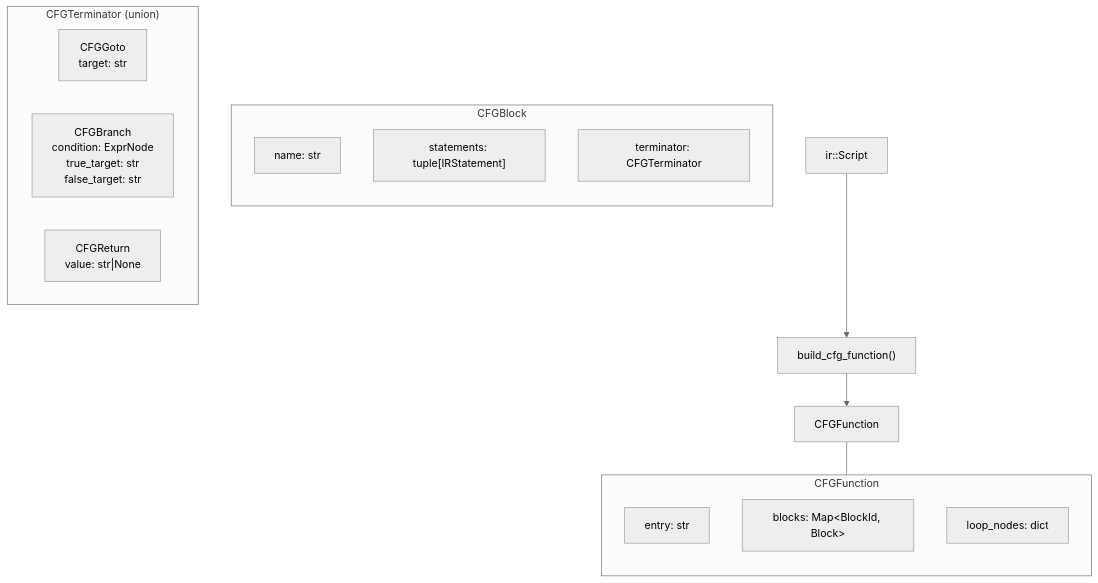
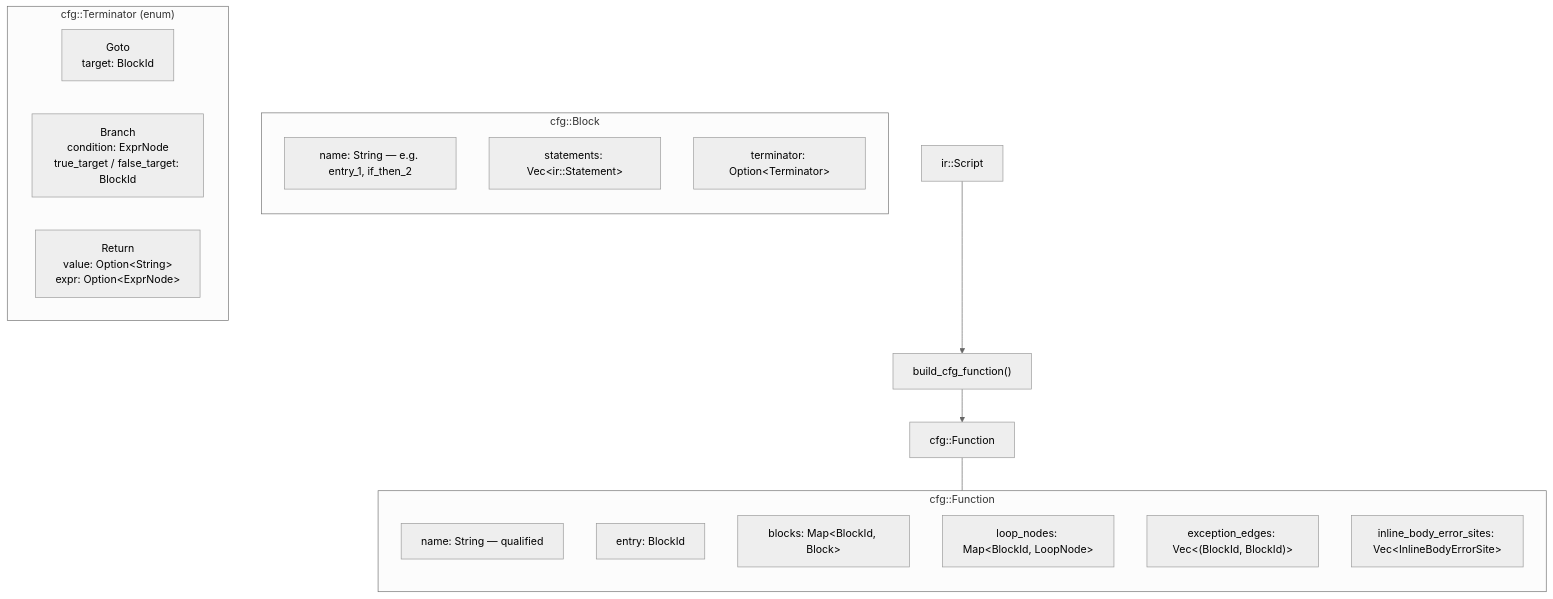
The eighth of 20 diagrams in docs/design/compiler-architecture.md (bitwisecook/tcl-lsp), drawn with Mermaid (neutral theme) before and after one commit. The commit also changed other lines of this file and 5 other files, not shown here.

````diff
--- a/docs/design/compiler-architecture.md
+++ b/docs/design/compiler-architecture.md
@@ -374,28 +417,31 @@
 ```mermaid
 flowchart TD
     IR["ir::Script"] --> BUILD["build_cfg_function()"]
-    BUILD --> FN["CFGFunction"]
+    BUILD --> FN["cfg::Function"]
 
-    subgraph CFGFunction
+    subgraph cfg::Function
         direction TB
-        EN["entry: str"]
+        NA["name: String — qualified"]
+        EN["entry: BlockId"]
         BL["blocks: Map&lt;BlockId, Block&gt;"]
-        LN["loop_nodes: dict"]
+        LN["loop_nodes: Map&lt;BlockId, LoopNode&gt;"]
+        XE["exception_edges: Vec&lt;(BlockId, BlockId)&gt;"]
+        IE["inline_body_error_sites: Vec&lt;InlineBodyErrorSite&gt;"]
     end
 
-    FN --- CFGFunction
+    FN --- cfg::Function
 
-    subgraph CFGBlock
+    subgraph cfg::Block
         direction TB
-        NM["name: str"]
-        ST["statements: tuple[IRStatement]"]
-        TM["terminator: CFGTerminator"]
+        NM["name: String — e.g. entry_1, if_then_2"]
+        ST["statements: Vec&lt;ir::Statement&gt;"]
+        TM["terminator: Option&lt;Terminator&gt;"]
     end
 
-    subgraph CFGTerminator["CFGTerminator (union)"]
+    subgraph Terminator["cfg::Terminator (enum)"]
         direction LR
-        GT["CFGGoto<br/>target: str"]
-        BR["CFGBranch<br/>condition: ExprNode<br/>true_target: str<br/>false_target: str"]
-        RT["CFGReturn<br/>value: str|None"]
+        GT["Goto<br/>target: BlockId"]
+        BR["Branch<br/>condition: ExprNode<br/>true_target / false_target: BlockId"]
+        RT["Return<br/>value: Option&lt;String&gt;<br/>expr: Option&lt;ExprNode&gt;"]
     end
 ```
````
